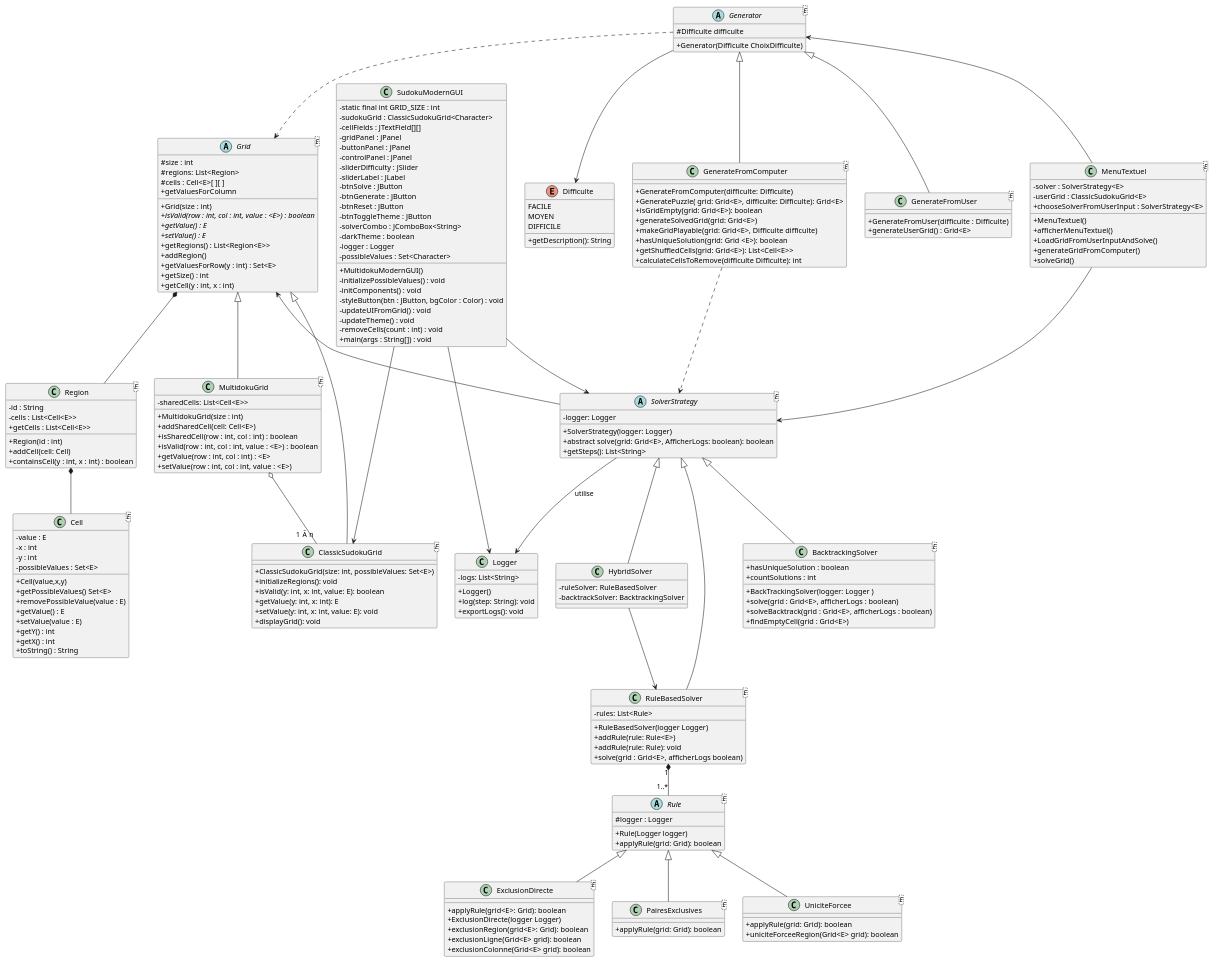
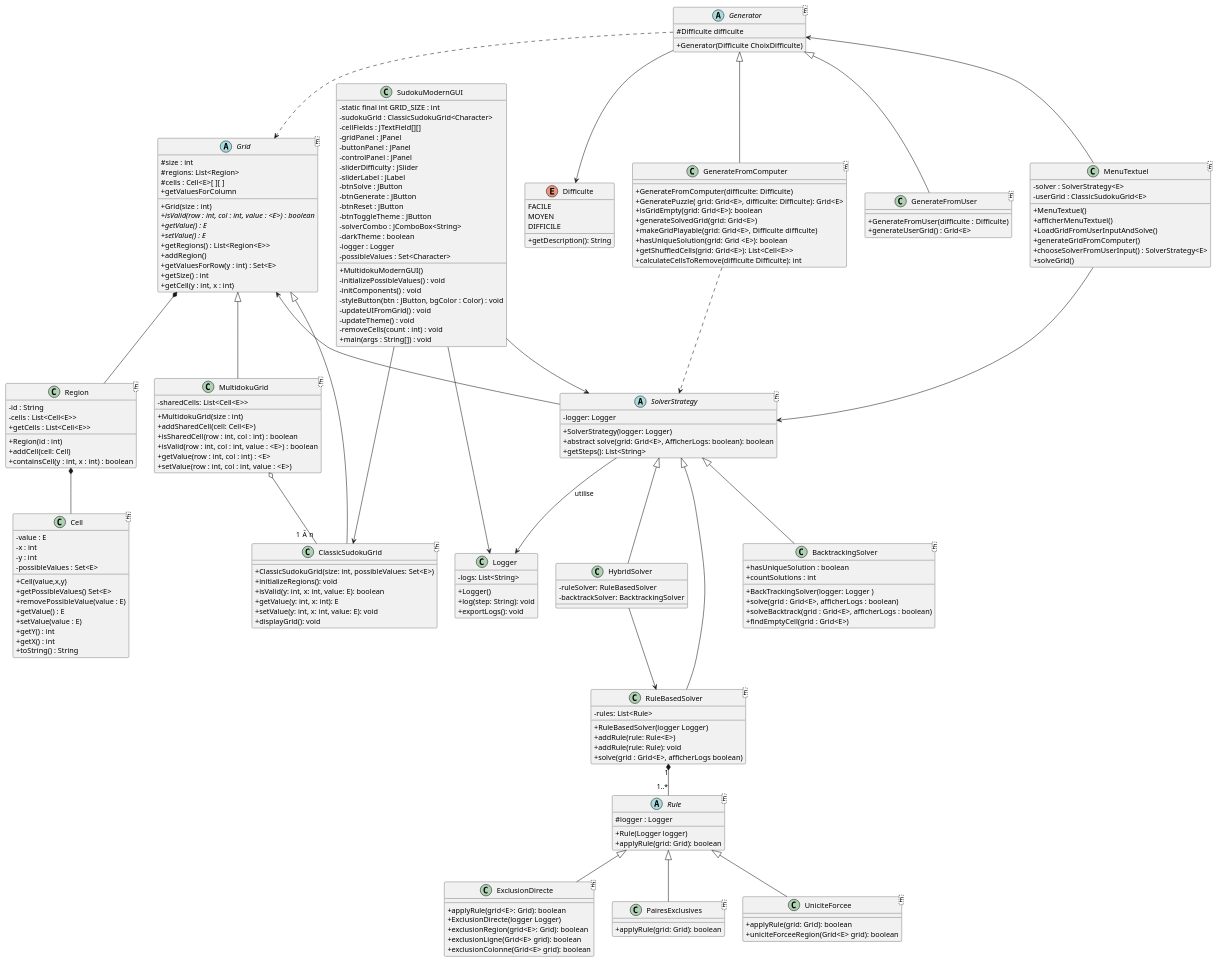
Before and after one commit to PolytechLyon/SudokuAPO: the diagram in ClassDiagram.puml, drawn with PlantUML.

Commit message:
Mise a Jour Diagramme de Classe

```diff
--- a/ClassDiagram.puml
+++ b/ClassDiagram.puml
@@ -120,7 +120,7 @@
     + afficherMenuTextuel()
     + LoadGridFromUserInputAndSolve()
     + generateGridFromComputer()
-    + chooseSolverFromUserInput : SolverStrategy<E>
+    + chooseSolverFromUserInput() : SolverStrategy<E>
     + solveGrid()
 }
 
```
